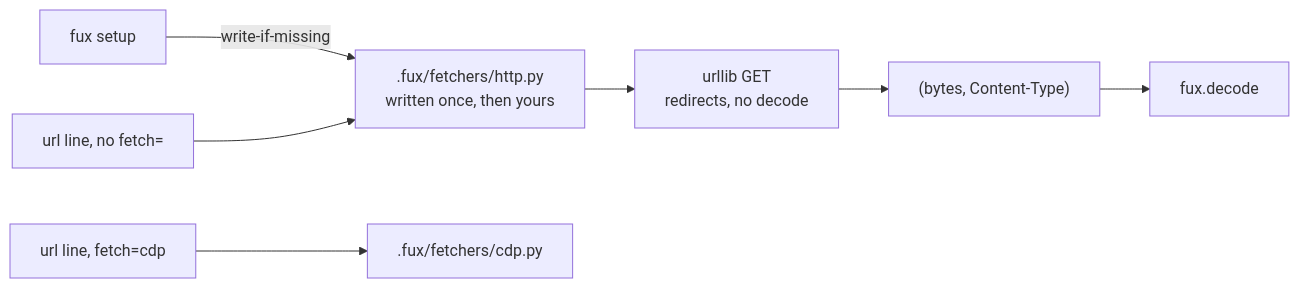
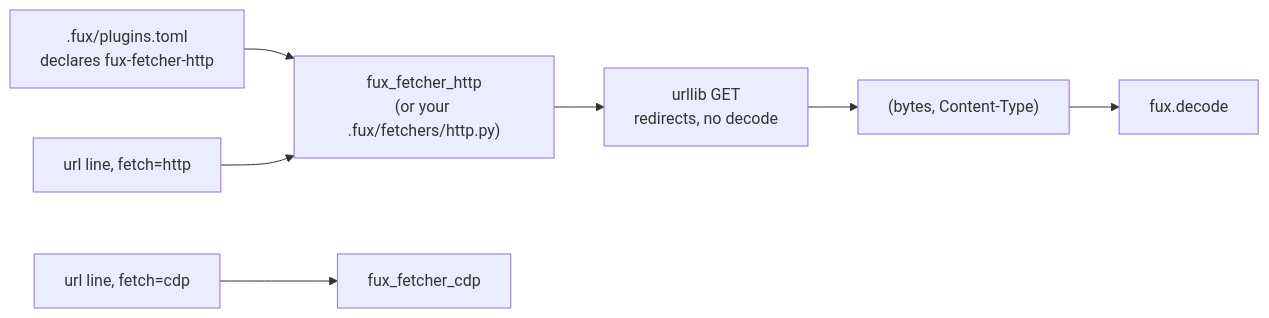
Before and after one commit to arpitarya/fux: the diagram in records/0119_http-fetcher.md, drawn with Mermaid. The commit also changed other lines of this file and 121 other files, not shown here.

````diff
--- a/records/0119_http-fetcher.md
+++ b/records/0119_http-fetcher.md
@@ -55,9 +57,9 @@
 ```mermaid
 flowchart LR
-    E["fux setup"] -->|write-if-missing| G[".fux/fetchers/http.py<br/>written once, then yours"]
-    U["url line, no fetch="] --> G
+    E[".fux/plugins.toml<br/>declares fux-fetcher-http"] --> G["fux_fetcher_http<br/>(or your .fux/fetchers/http.py)"]
+    U["url line, fetch=http"] --> G
     G --> Q["urllib GET<br/>redirects, no decode"]
     Q --> B["(bytes, Content-Type)"]
     B --> DC["fux.decode"]
-    U2["url line, fetch=cdp"] --> C[".fux/fetchers/cdp.py"]
+    U2["url line, fetch=cdp"] --> C["fux_fetcher_cdp"]
 ```
````
